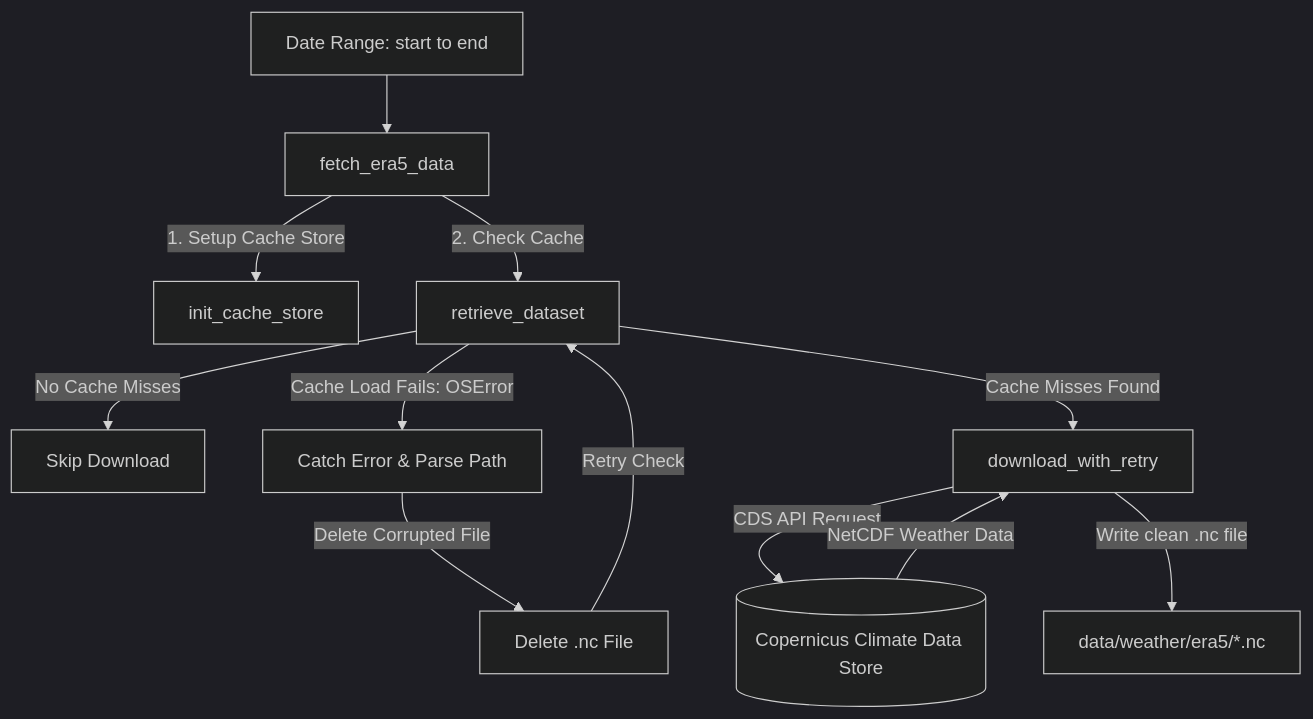
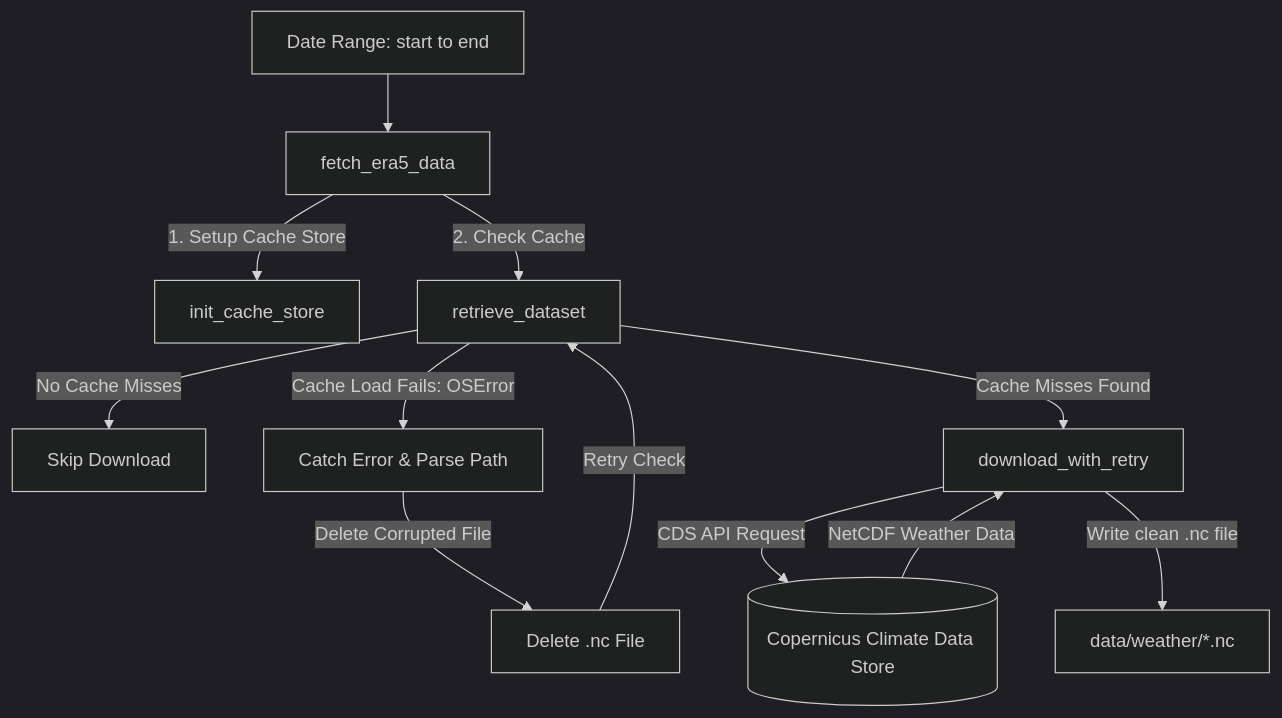
The diagram in src/weather/README.md (Bauzement123/flight-physics-pipeline), drawn with Mermaid (dark theme) before and after one commit. The commit also changed other lines of this file and 20 other files, not shown here.

````diff
--- a/src/weather/README.md
+++ b/src/weather/README.md
@@ -53,14 +53,14 @@
 ```mermaid
 graph TD
     A[Date Range: start to end] --> B[fetch_era5_data]
     B -->|1. Setup Cache Store| C[init_cache_store]
     B -->|2. Check Cache| D[retrieve_dataset]
     D -->|No Cache Misses| E[Skip Download]
     D -->|Cache Load Fails: OSError| F[Catch Error & Parse Path]
     F -->|Delete Corrupted File| G[Delete .nc File]
     G -->|Retry Check| D
     D -->|Cache Misses Found| H[download_with_retry]
     H -->|CDS API Request| I[(Copernicus Climate Data Store)]
     I -->|NetCDF Weather Data| H
-    H -->|Write clean .nc file| J[data/weather/era5/*.nc]
+    H -->|Write clean .nc file| J[data/weather/*.nc]
 ```
````
